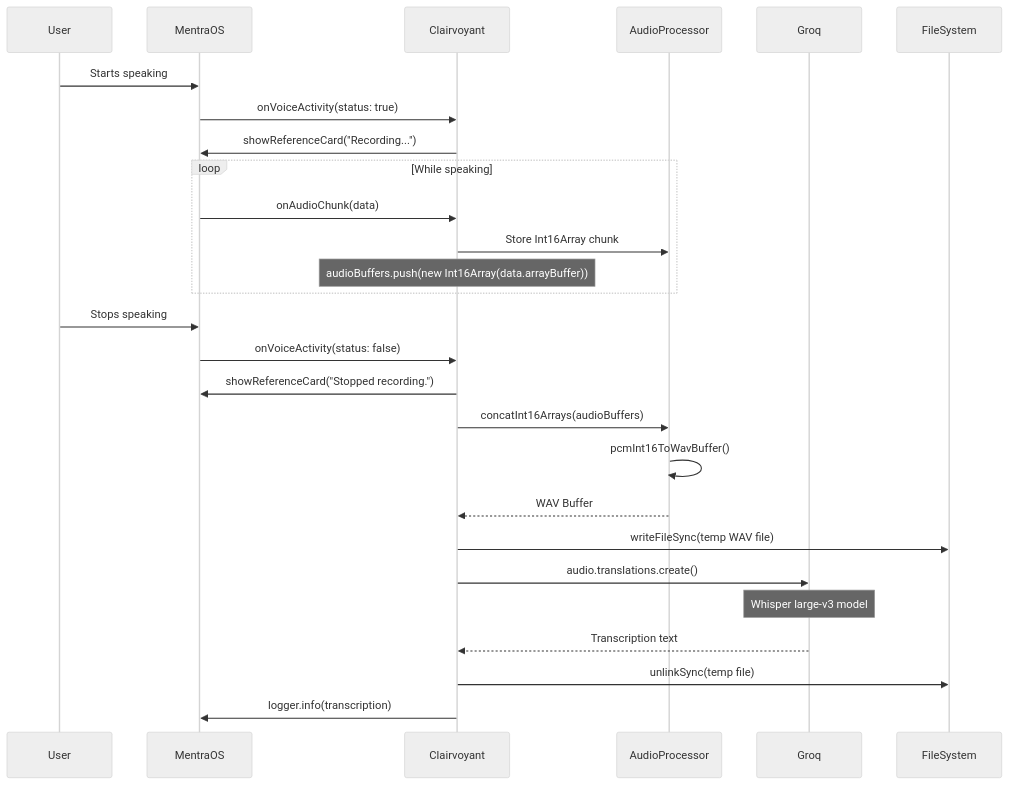
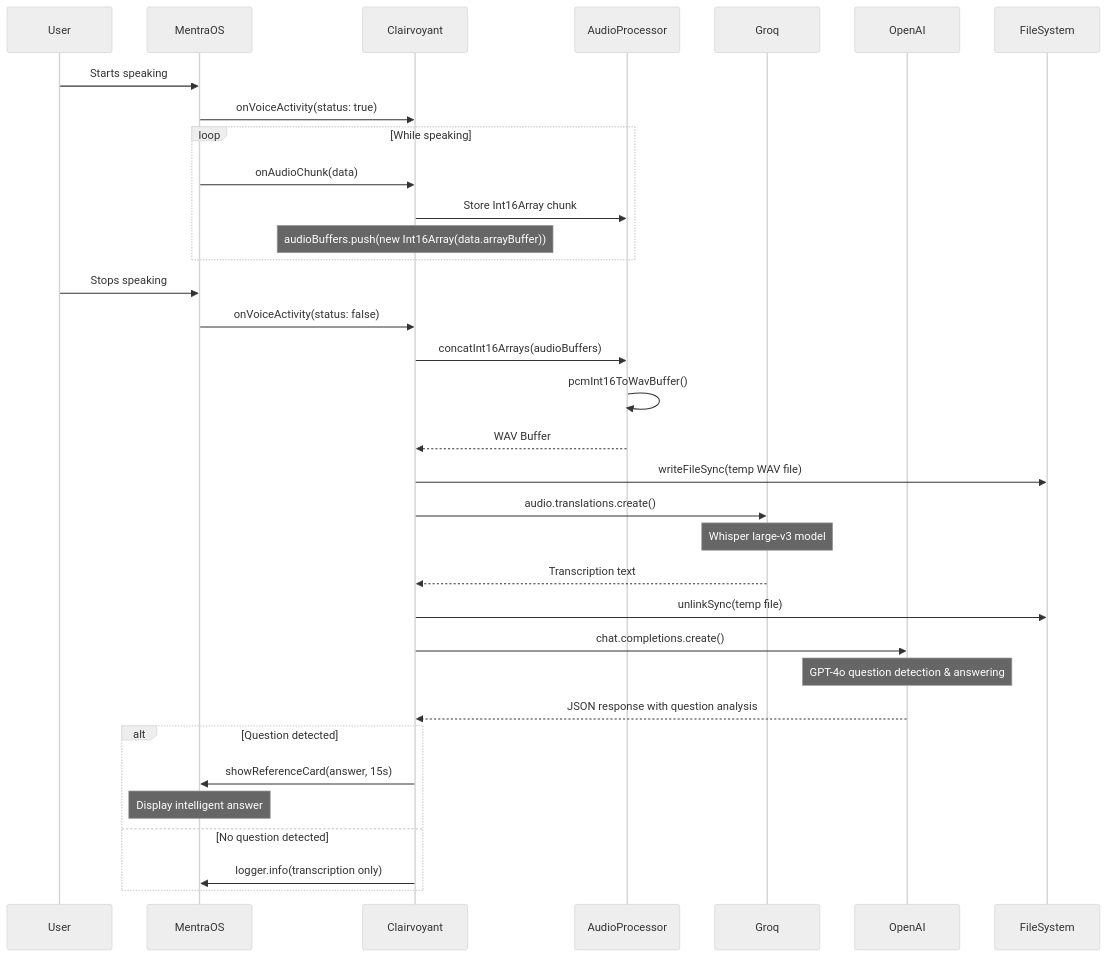
The diagram in README.md (drewomix/jarvi), drawn with Mermaid (neutral theme) before and after one commit. The commit also changed other lines of this file, not shown here.

Commit message:
Add intelligent Q&A with GPT-4o to voice transcription app

````diff
--- a/README.md
+++ b/README.md
@@ -18,35 +19,43 @@
 ```mermaid
 sequenceDiagram
     participant User
     participant MentraOS
     participant Clairvoyant
     participant AudioProcessor
     participant Groq
+    participant OpenAI
     participant FileSystem
 
     User->>MentraOS: Starts speaking
     MentraOS->>Clairvoyant: onVoiceActivity(status: true)
-    Clairvoyant->>MentraOS: showReferenceCard("Recording...")
     
     loop While speaking
         MentraOS->>Clairvoyant: onAudioChunk(data)
         Clairvoyant->>AudioProcessor: Store Int16Array chunk
         Note over Clairvoyant: audioBuffers.push(new Int16Array(data.arrayBuffer))
     end
     
     User->>MentraOS: Stops speaking  
     MentraOS->>Clairvoyant: onVoiceActivity(status: false)
-    Clairvoyant->>MentraOS: showReferenceCard("Stopped recording.")
     
     Clairvoyant->>AudioProcessor: concatInt16Arrays(audioBuffers)
     AudioProcessor->>AudioProcessor: pcmInt16ToWavBuffer()
     AudioProcessor-->>Clairvoyant: WAV Buffer
     
     Clairvoyant->>FileSystem: writeFileSync(temp WAV file)
     Clairvoyant->>Groq: audio.translations.create()
     Note over Groq: Whisper large-v3 model
     Groq-->>Clairvoyant: Transcription text
     
     Clairvoyant->>FileSystem: unlinkSync(temp file)
-    Clairvoyant->>MentraOS: logger.info(transcription)
+    Clairvoyant->>OpenAI: chat.completions.create()
+    Note over OpenAI: GPT-4o question detection & answering
+    OpenAI-->>Clairvoyant: JSON response with question analysis
+    
+    alt Question detected
+        Clairvoyant->>MentraOS: showReferenceCard(answer, 15s)
+        Note over MentraOS: Display intelligent answer
+    else No question detected
+        Clairvoyant->>MentraOS: logger.info(transcription only)
+    end
 ```
````
